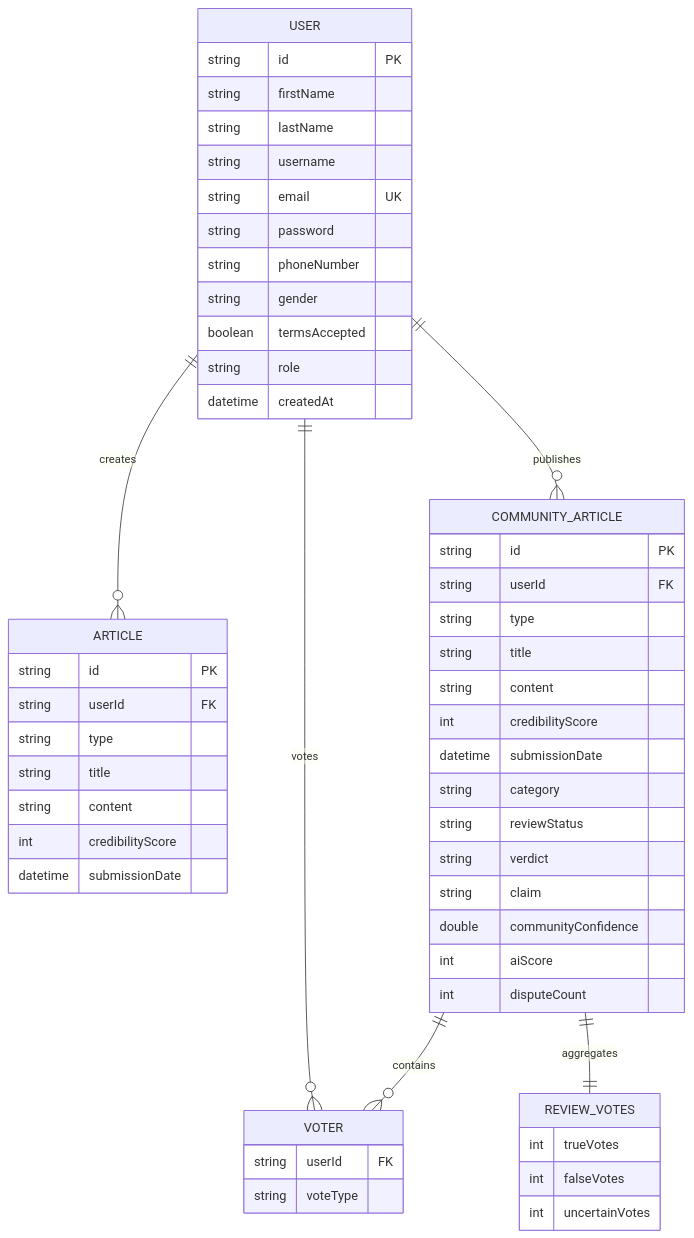
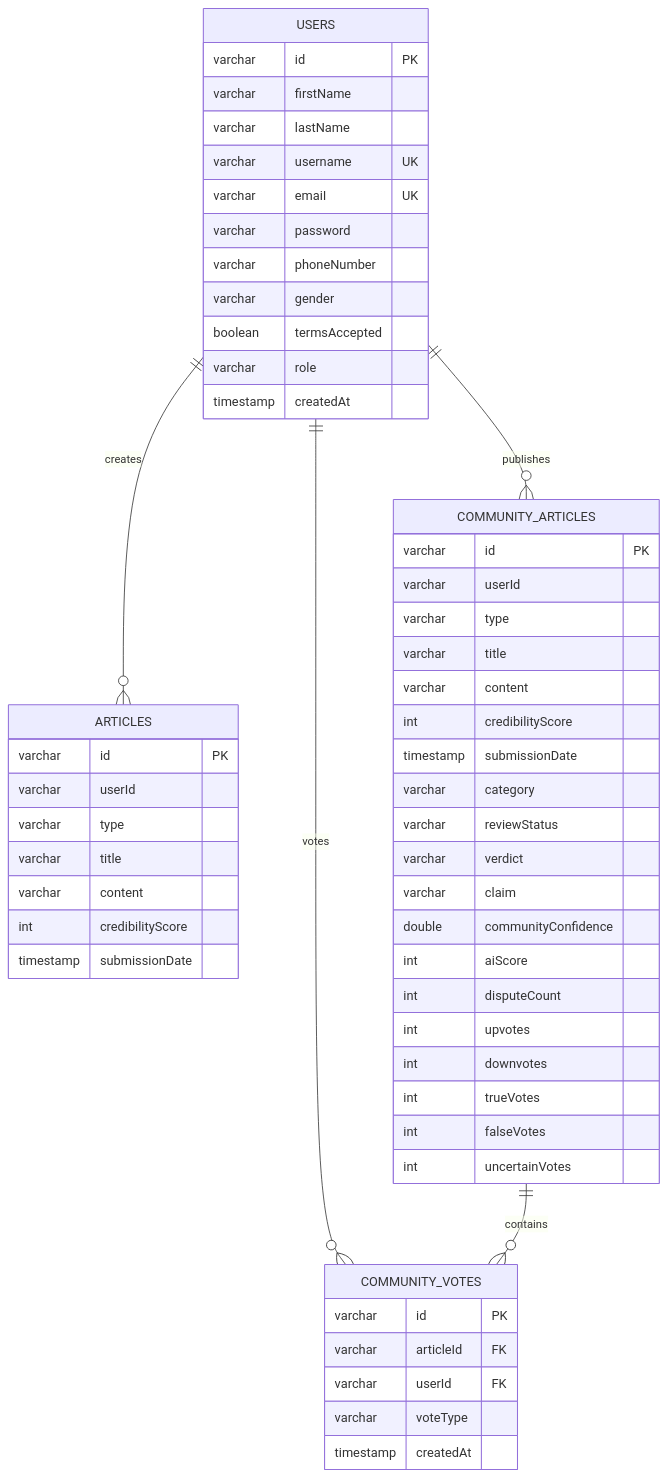
One commit to Mohit-R-04/FactShare changed the fourth of 4 diagrams in README.md. Above: the diagram before and after it, drawn with Mermaid. The commit also changed other lines of this file and 24 other files, not shown here.

````diff
--- a/README.md
+++ b/README.md
@@ -385,60 +434,61 @@
 ```mermaid
 erDiagram
-    USER ||--o{ ARTICLE : creates
-    USER ||--o{ COMMUNITY_ARTICLE : publishes
-    USER ||--o{ VOTER : votes
-    COMMUNITY_ARTICLE ||--o{ VOTER : contains
-    COMMUNITY_ARTICLE ||--|| REVIEW_VOTES : aggregates
+    USERS ||--o{ ARTICLES : creates
+    USERS ||--o{ COMMUNITY_ARTICLES : publishes
+    USERS ||--o{ COMMUNITY_VOTES : votes
+    COMMUNITY_ARTICLES ||--o{ COMMUNITY_VOTES : contains
 
-    USER {
-        string id PK
-        string firstName
-        string lastName
-        string username
-        string email UK
-        string password
-        string phoneNumber
-        string gender
+    USERS {
+        varchar id PK
+        varchar firstName
+        varchar lastName
+        varchar username UK
+        varchar email UK
+        varchar password
+        varchar phoneNumber
+        varchar gender
         boolean termsAccepted
-        string role
-        datetime createdAt
+        varchar role
+        timestamp createdAt
     }
 
-    ARTICLE {
-        string id PK
-        string userId FK
-        string type
-        string title
-        string content
+    ARTICLES {
+        varchar id PK
+        varchar userId
+        varchar type
+        varchar title
+        varchar content
         int credibilityScore
-        datetime submissionDate
+        timestamp submissionDate
     }
 
-    COMMUNITY_ARTICLE {
-        string id PK
-        string userId FK
-        string type
-        string title
-        string content
+    COMMUNITY_ARTICLES {
+        varchar id PK
+        varchar userId
+        varchar type
+        varchar title
+        varchar content
         int credibilityScore
-        datetime submissionDate
-        string category
-        string reviewStatus
-        string verdict
-        string claim
+        timestamp submissionDate
+        varchar category
+        varchar reviewStatus
+        varchar verdict
+        varchar claim
         double communityConfidence
         int aiScore
         int disputeCount
-    }
-
-    VOTER {
-        string userId FK
-        string voteType
-    }
-
-    REVIEW_VOTES {
+        int upvotes
+        int downvotes
         int trueVotes
         int falseVotes
         int uncertainVotes
     }
+
+    COMMUNITY_VOTES {
+        varchar id PK
+        varchar articleId FK
+        varchar userId FK
+        varchar voteType
+        timestamp createdAt
+    }
 ```
````
